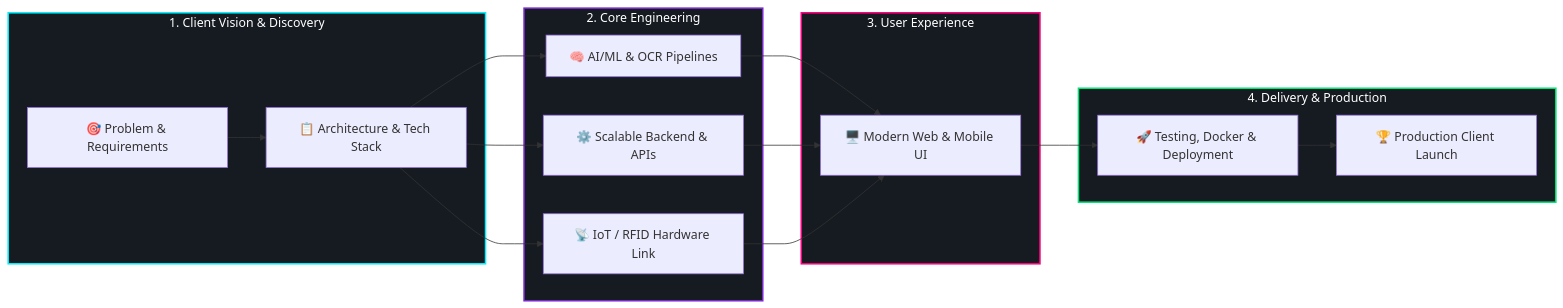
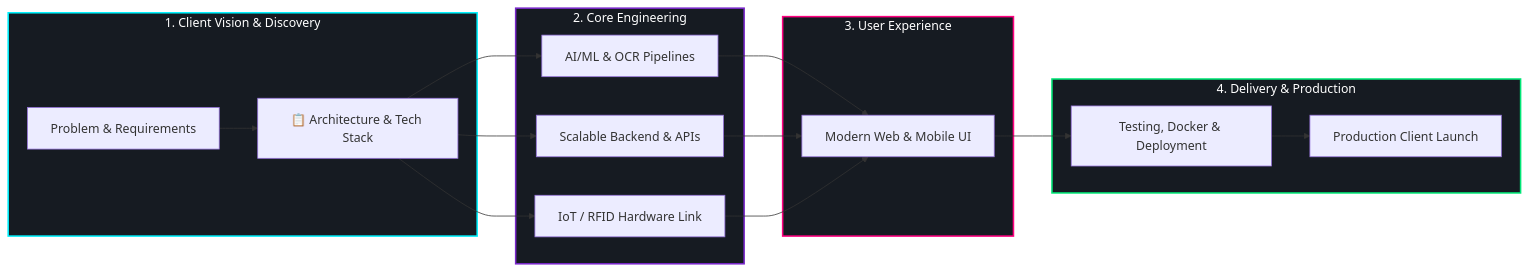
Before and after one commit to Pushpendera5/Pushpendera5: the first of 2 diagrams in README.md, drawn with Mermaid. The commit also changed other lines of this file, not shown here.

````diff
--- a/README.md
+++ b/README.md
@@ -30,28 +30,28 @@
 ```mermaid
 flowchart LR
     subgraph S1["1. Client Vision & Discovery"]
-        A[🎯 Problem & Requirements] --> B[📋 Architecture & Tech Stack]
+        A[ Problem & Requirements] --> B[📋 Architecture & Tech Stack]
     end
 
     subgraph S2["2. Core Engineering"]
-        B --> C[🧠 AI/ML & OCR Pipelines]
-        B --> D[⚙️ Scalable Backend & APIs]
-        B --> E[📡 IoT / RFID Hardware Link]
+        B --> C[ AI/ML & OCR Pipelines]
+        B --> D[ Scalable Backend & APIs]
+        B --> E[ IoT / RFID Hardware Link]
     end
 
     subgraph S3["3. User Experience"]
-        C --> F[🖥️ Modern Web & Mobile UI]
+        C --> F[ Modern Web & Mobile UI]
         D --> F
         E --> F
     end
 
     subgraph S4["4. Delivery & Production"]
-        F --> G[🚀 Testing, Docker & Deployment]
-        G --> H[🏆 Production Client Launch]
+        F --> G[ Testing, Docker & Deployment]
+        G --> H[ Production Client Launch]
     end
 
     style S1 fill:#161b22,stroke:#00f2fe,stroke-width:2px,color:#fff
     style S2 fill:#161b22,stroke:#7928ca,stroke-width:2px,color:#fff
     style S3 fill:#161b22,stroke:#ff0080,stroke-width:2px,color:#fff
     style S4 fill:#161b22,stroke:#00e676,stroke-width:2px,color:#fff
 ```
````
